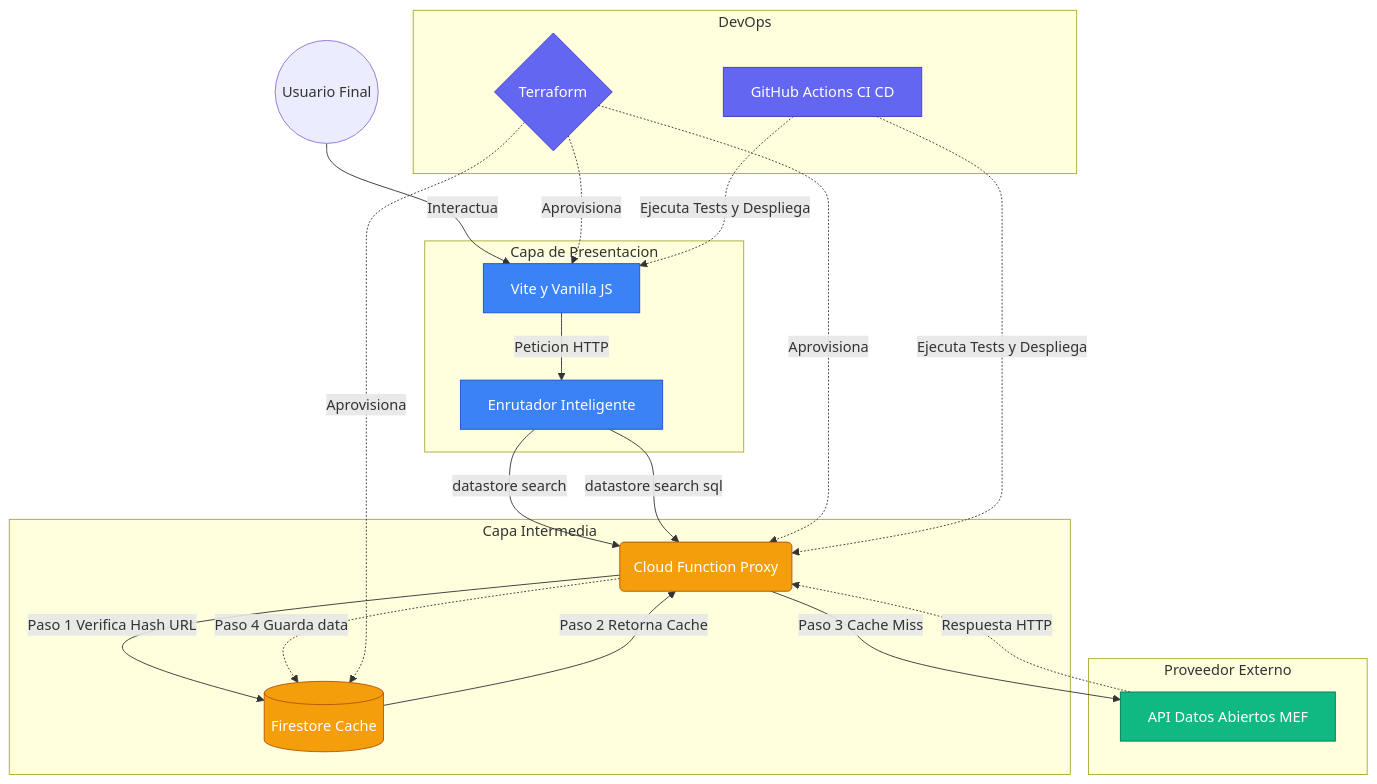
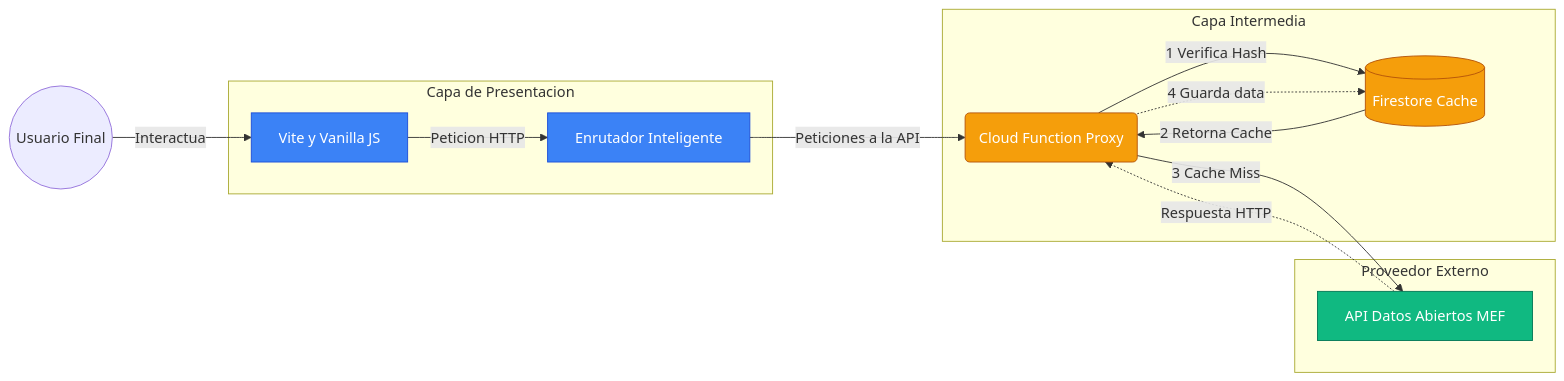
Before and after one commit to MarteDevs/expedientecheck-reto: the first of 3 diagrams in docs/arquitectura.md, drawn with Mermaid. The commit also changed other lines of this file and 1 other file, not shown here.

Commit message:
docs: update architecture diagrams and decision records
Split the main architecture mermaid diagram into two distinct graphs: one for the core end-user application flow and a dedicated one for infrastructure and CI/CD provisioning. Improve formatting, spacing, and structure across both documentation files to enhance readability and consistency.

````diff
--- a/docs/arquitectura.md
+++ b/docs/arquitectura.md
@@ -11,56 +11,40 @@
 ```mermaid
-graph TD
+graph LR
     %% Usuarios y Clientes
     Usuario((Usuario Final))
     
     %% Nivel Frontend (Firebase Hosting)
     subgraph Frontend [Capa de Presentacion]
         Vite[Vite y Vanilla JS]
         Router[Enrutador Inteligente]
     end
 
     %% Nivel Proxy (Firebase Cloud Functions)
     subgraph Backend [Capa Intermedia]
         BFF(Cloud Function Proxy)
         FirestoreDB[(Firestore Cache)]
     end
 
     %% Nivel Externo
     subgraph Externa [Proveedor Externo]
         MEFAPI[API Datos Abiertos MEF]
     end
 
-    %% Infraestructura y CI/CD
-    subgraph Infra [DevOps]
-        TF{Terraform}
-        GH[GitHub Actions CI CD]
-    end
-
     %% Relaciones
     Usuario -->|Interactua| Vite
     Vite -->|Peticion HTTP| Router
-    Router -->|datastore search| BFF
-    Router -->|datastore search sql| BFF
-    BFF -->|Paso 1 Verifica Hash URL| FirestoreDB
-    FirestoreDB -->|Paso 2 Retorna Cache| BFF
-    BFF -->|Paso 3 Cache Miss| MEFAPI
+    Router -->|Peticiones a la API| BFF
+    BFF -->|1 Verifica Hash| FirestoreDB
+    FirestoreDB -->|2 Retorna Cache| BFF
+    BFF -->|3 Cache Miss| MEFAPI
     MEFAPI -.->|Respuesta HTTP| BFF
-    BFF -.->|Paso 4 Guarda data| FirestoreDB
-    
-    %% Relaciones DevOps
-    TF -.->|Aprovisiona| FirestoreDB
-    TF -.->|Aprovisiona| BFF
-    TF -.->|Aprovisiona| Vite
-    GH -.->|Ejecuta Tests y Despliega| Vite
-    GH -.->|Ejecuta Tests y Despliega| BFF
+    BFF -.->|4 Guarda data| FirestoreDB
     
     classDef frontend fill:#3b82f6,stroke:#1d4ed8,color:white;
     classDef backend fill:#f59e0b,stroke:#b45309,color:white;
     classDef external fill:#10b981,stroke:#047857,color:white;
-    classDef infra fill:#6366f1,stroke:#4338ca,color:white;
     
     class Vite,Router frontend;
     class BFF,FirestoreDB backend;
     class MEFAPI external;
-    class TF,GH infra;
 ```
````
